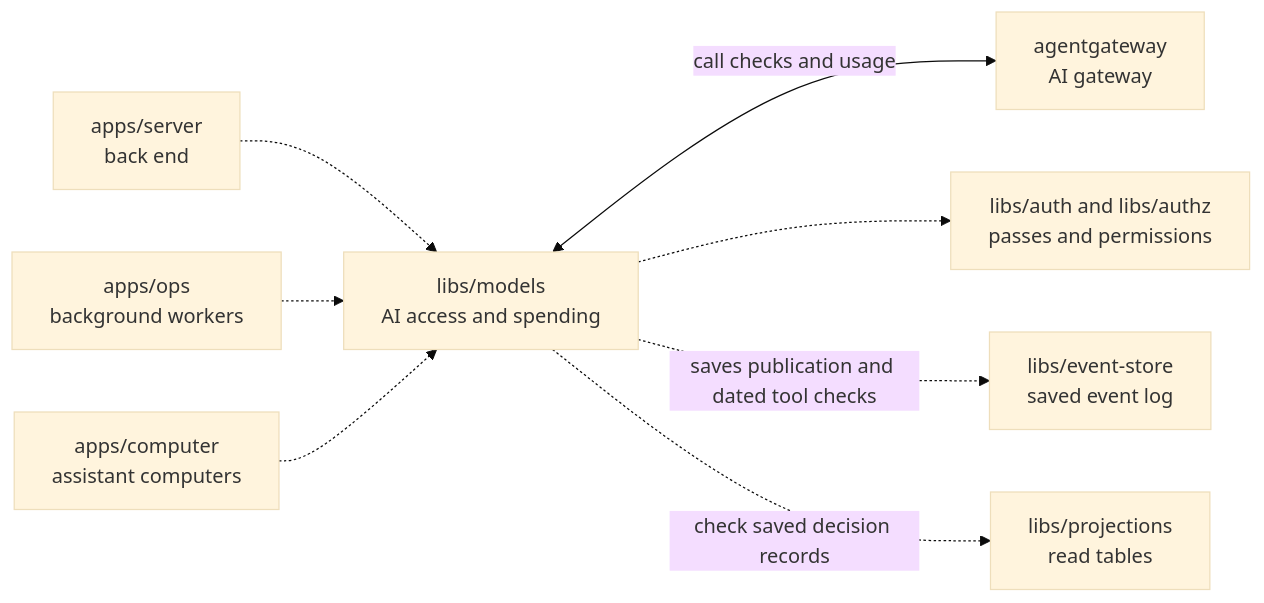
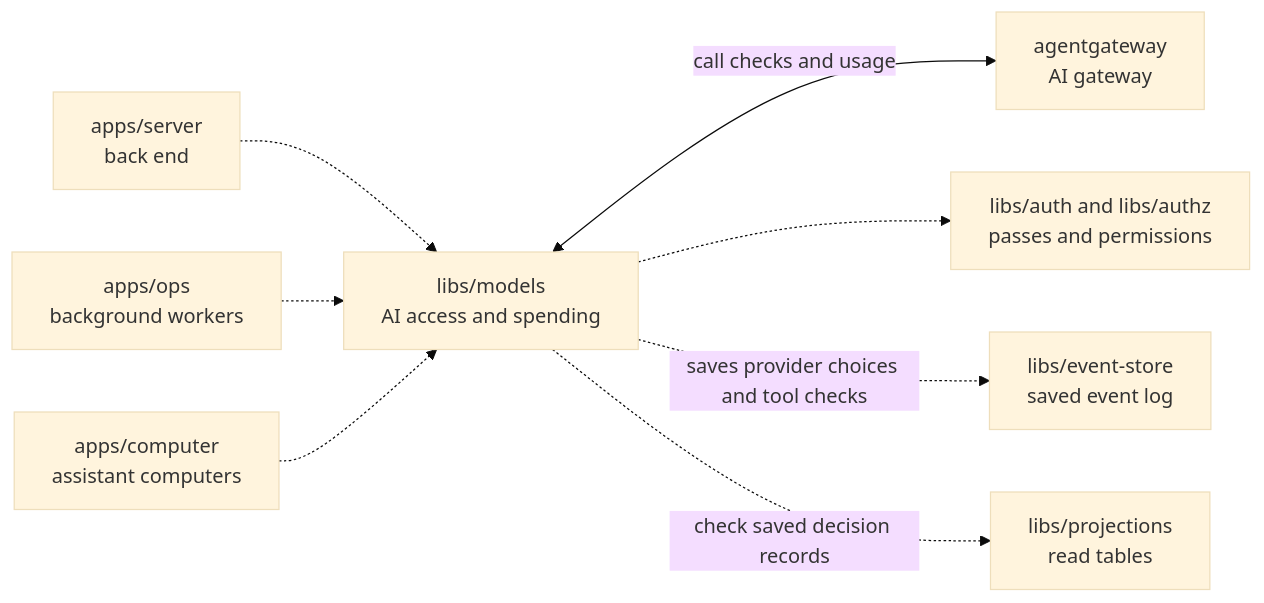
Before and after one commit to elewa-git/opencrane-new: the diagram in libs/models/README.md, drawn with Mermaid (base theme). The commit also changed other lines of this file and 42 other files, not shown here.

````diff
--- a/libs/models/README.md
+++ b/libs/models/README.md
@@ -22,10 +22,10 @@
 ```mermaid
 flowchart LR
   server["apps/server<br/>back end"] -.-> models["libs/models<br/>AI access and spending"]
   ops["apps/ops<br/>background workers"] -.-> models
   computer["apps/computer<br/>assistant computers"] -.-> models
   models <-->|call checks and usage| gateway["agentgateway<br/>AI gateway"]
   models -.-> auth["libs/auth and libs/authz<br/>passes and permissions"]
-  models -.->|saves publication and dated tool checks| store["libs/event-store<br/>saved event log"]
+  models -.->|saves provider choices and tool checks| store["libs/event-store<br/>saved event log"]
   models -.->|check saved decision records| projections["libs/projections<br/>read tables"]
 ```
````
